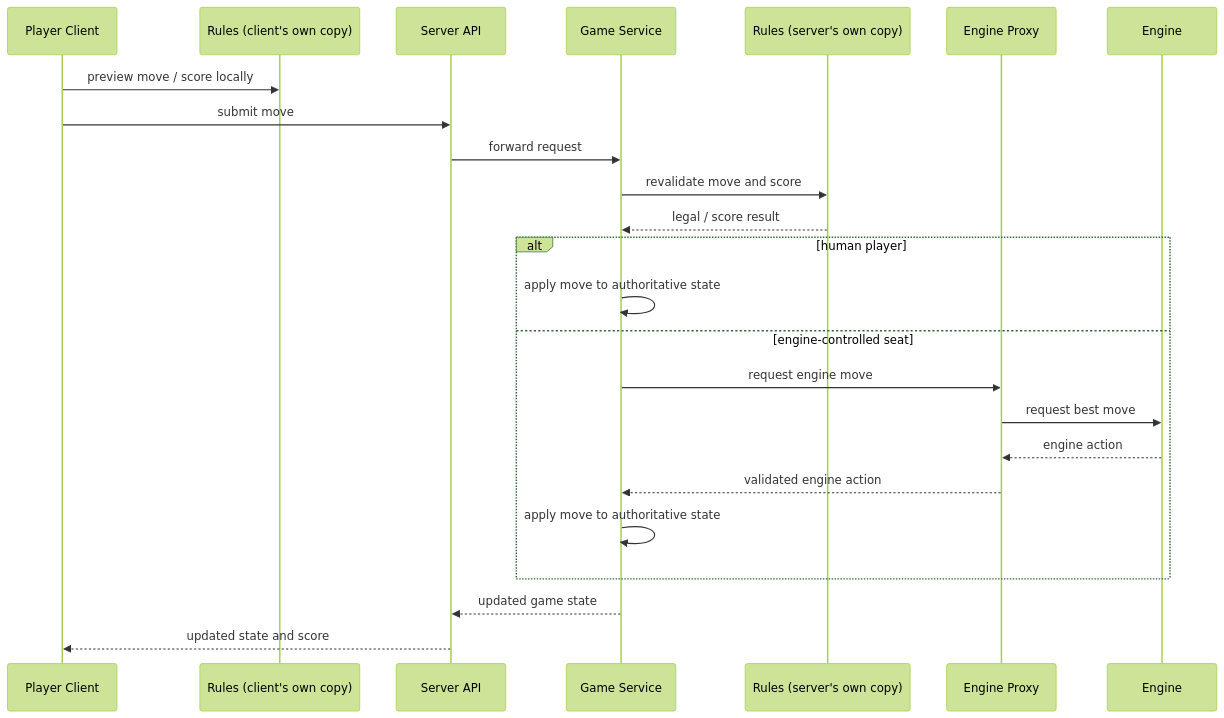
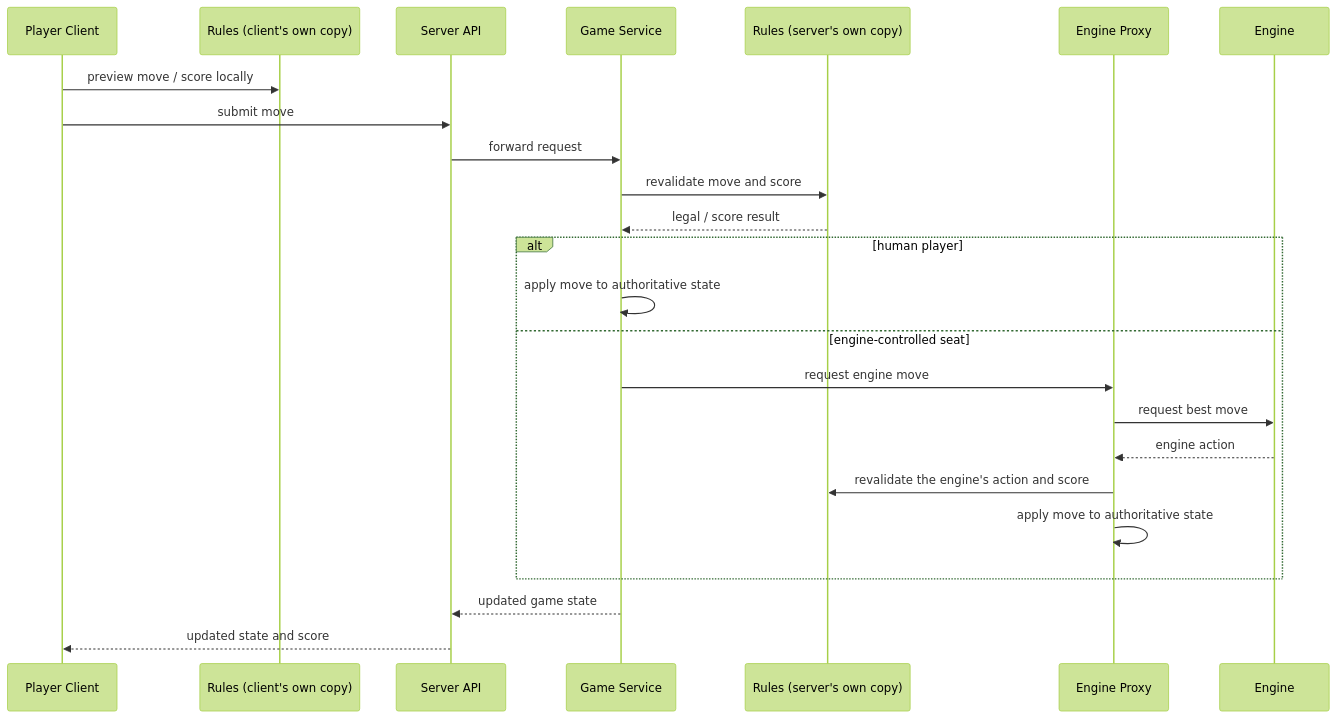
The diagram in docs/4.1.2-components-and-interactions.md (delphside/tile-lite-elite), drawn with Mermaid (forest theme) before and after one commit. The commit also changed other lines of this file and 5 other files, not shown here.

````diff
--- a/docs/4.1.2-components-and-interactions.md
+++ b/docs/4.1.2-components-and-interactions.md
@@ -15,27 +15,27 @@
 ```mermaid
 sequenceDiagram
   participant P as Player Client
   participant RC as Rules (client's own copy)
   participant S as Server API
   participant G as Game Service
   participant RS as Rules (server's own copy)
   participant X as Engine Proxy
   participant E as Engine
 
   P->>RC: preview move / score locally
   P->>S: submit move
   S->>G: forward request
   G->>RS: revalidate move and score
   RS-->>G: legal / score result
   alt human player
     G->>G: apply move to authoritative state
   else engine-controlled seat
     G->>X: request engine move
     X->>E: request best move
     E-->>X: engine action
-    X-->>G: validated engine action
-    G->>G: apply move to authoritative state
+    X->>RS: revalidate the engine's action and score
+    X->>X: apply move to authoritative state
   end
   G-->>S: updated game state
   S-->>P: updated state and score
 ```
````
